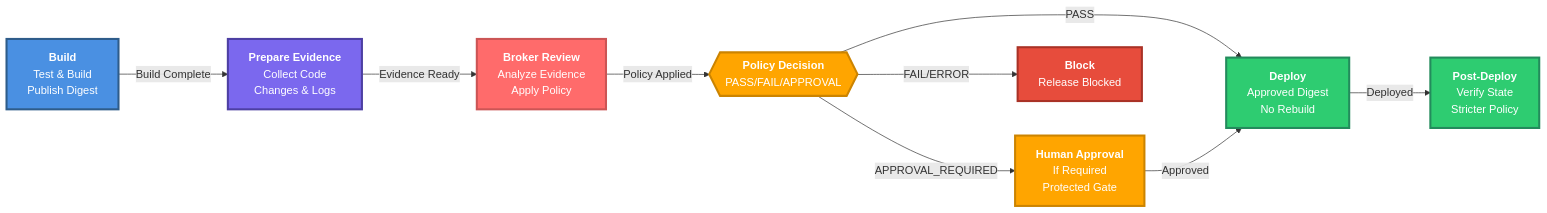
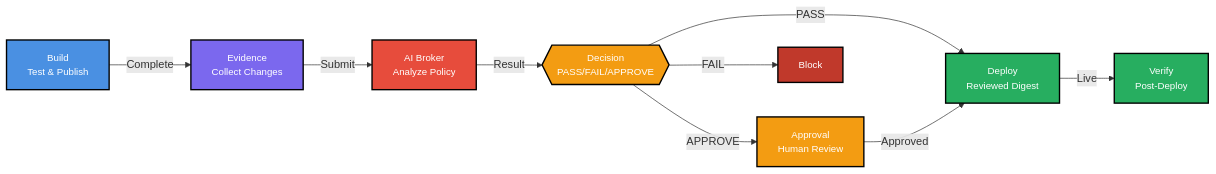
Before and after one commit to Georges034302/DRA2.0-POC-Demo-app: the first of 2 diagrams in README.md, drawn with Mermaid. The commit also changed other lines of this file, not shown here.

Commit message:
docs: Update README with professional profile and architecture flow

````diff
--- a/README.md
+++ b/README.md
@@ -25,28 +24,28 @@
 ```mermaid
 flowchart LR
-    A["<b>Build</b><br/>Test & Build<br/>Publish Digest"] 
-    B["<b>Prepare Evidence</b><br/>Collect Code<br/>Changes & Logs"]
-    C["<b>Broker Review</b><br/>Analyze Evidence<br/>Apply Policy"]
-    D{{"<b>Policy Decision</b><br/>PASS/FAIL/APPROVAL"}}
-    E["<b>Human Approval</b><br/>If Required<br/>Protected Gate"]
-    F["<b>Deploy</b><br/>Approved Digest<br/>No Rebuild"]
-    G["<b>Post-Deploy</b><br/>Verify State<br/>Stricter Policy"]
+    A["Build<br/>Test & Publish"] 
+    B["Evidence<br/>Collect Changes"]
+    C["AI Broker<br/>Analyze Policy"]
+    D{{"Decision<br/>PASS/FAIL/APPROVE"}}
+    E["Approval<br/>Human Review"]
+    F["Deploy<br/>Reviewed Digest"]
+    G["Verify<br/>Post-Deploy"]
     
-    A -->|Build Complete| B
-    B -->|Evidence Ready| C
-    C -->|Policy Applied| D
+    A -->|Complete| B
+    B -->|Submit| C
+    C -->|Result| D
     D -->|PASS| F
-    D -->|APPROVAL_REQUIRED| E
+    D -->|APPROVE| E
     E -->|Approved| F
-    D -->|FAIL/ERROR| H["<b>Block</b><br/>Release Blocked"]
-    F -->|Deployed| G
+    D -->|FAIL| X["Block"]
+    F -->|Live| G
     
-    style A fill:#4A90E2,stroke:#2E5C8A,color:#fff,stroke-width:3px
-    style B fill:#7B68EE,stroke:#4D3FA3,color:#fff,stroke-width:3px
-    style C fill:#FF6B6B,stroke:#CC5555,color:#fff,stroke-width:3px
-    style D fill:#FFA500,stroke:#CC8400,color:#fff,stroke-width:3px
-    style E fill:#FFA500,stroke:#CC8400,color:#fff,stroke-width:3px
-    style F fill:#2ECC71,stroke:#238B5C,color:#fff,stroke-width:3px
-    style G fill:#2ECC71,stroke:#238B5C,color:#fff,stroke-width:3px
-    style H fill:#E74C3C,stroke:#A93226,color:#fff,stroke-width:3px
+    style A fill:#4A90E2,stroke:#000,stroke-width:2px,color:#fff,font-size:14px
+    style B fill:#7B68EE,stroke:#000,stroke-width:2px,color:#fff,font-size:14px
+    style C fill:#E74C3C,stroke:#000,stroke-width:2px,color:#fff,font-size:14px
+    style D fill:#F39C12,stroke:#000,stroke-width:2px,color:#fff,font-size:14px
+    style E fill:#F39C12,stroke:#000,stroke-width:2px,color:#fff,font-size:14px
+    style F fill:#27AE60,stroke:#000,stroke-width:2px,color:#fff,font-size:14px
+    style G fill:#27AE60,stroke:#000,stroke-width:2px,color:#fff,font-size:14px
+    style X fill:#C0392B,stroke:#000,stroke-width:2px,color:#fff,font-size:14px
 ```
````
